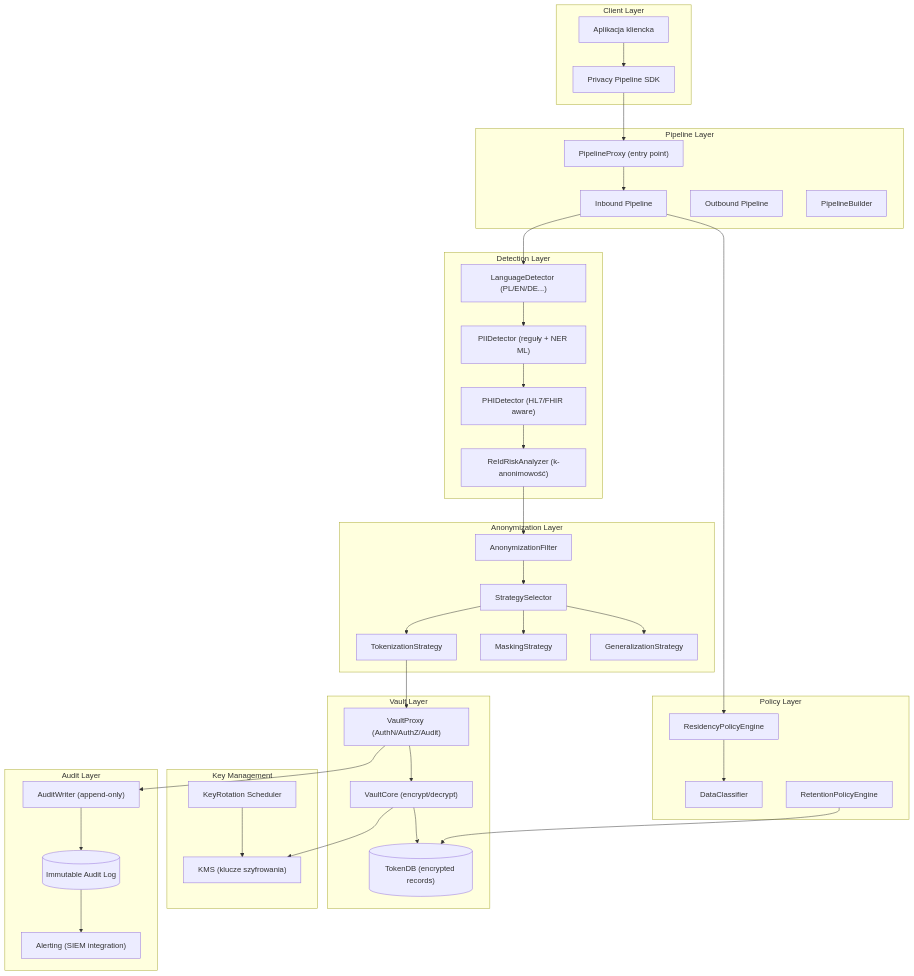
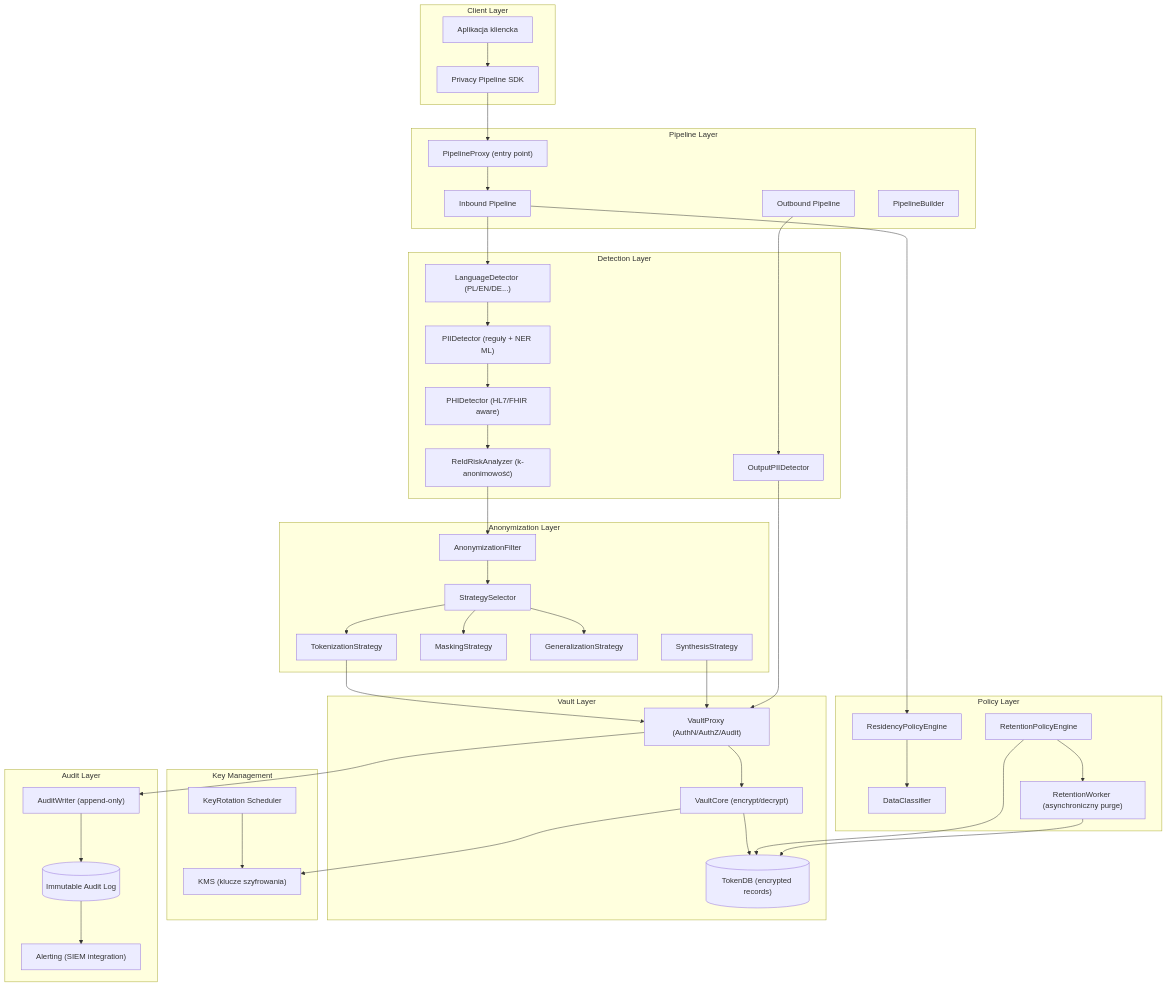
One commit to gniewekk/Privacy-Preserving-Context-Pipeline-for-LLMs-DP changed the seventh of 14 diagrams in ARCHITECTURE.md. Above: the diagram before and after it, drawn with Mermaid. The commit also changed other lines of this file, not shown here.

Commit message:
architecture changed

````diff
--- a/ARCHITECTURE.md
+++ b/ARCHITECTURE.md
@@ -342,68 +354,74 @@
 ```mermaid
 flowchart TD
     subgraph ClientLayer["Client Layer"]
         App["Aplikacja kliencka"]
         SDK["Privacy Pipeline SDK"]
     end
 
     subgraph PipelineLayer["Pipeline Layer"]
         ProxyComp["PipelineProxy (entry point)"]
         InPipe["Inbound Pipeline"]
         OutPipe["Outbound Pipeline"]
         BuilderComp["PipelineBuilder"]
     end
 
     subgraph DetectionLayer["Detection Layer"]
         LangDet["LanguageDetector (PL/EN/DE...)"]
         PIIDet["PIIDetector (reguły + NER ML)"]
         PHIDet["PHIDetector (HL7/FHIR aware)"]
         ReIdDet["ReIdRiskAnalyzer (k-anonimowość)"]
+        OutPIIDet["OutputPIIDetector"]
     end
 
     subgraph AnonLayer["Anonymization Layer"]
         AnonFilter["AnonymizationFilter"]
         StratSel["StrategySelector"]
         TokStrat["TokenizationStrategy"]
         MaskStrat["MaskingStrategy"]
         GenStrat["GeneralizationStrategy"]
+        SynStrat["SynthesisStrategy"]
     end
 
     subgraph VaultLayer["Vault Layer"]
         VProxy["VaultProxy (AuthN/AuthZ/Audit)"]
         VCore["VaultCore (encrypt/decrypt)"]
         TokenDB[("TokenDB (encrypted records)")]
     end
 
     subgraph KeyMgmt["Key Management"]
         KMS["KMS (klucze szyfrowania)"]
         KeyRotation["KeyRotation Scheduler"]
     end
 
     subgraph PolicyLayer["Policy Layer"]
         ResPolicy["ResidencyPolicyEngine"]
         DataClass["DataClassifier"]
         RetPolicy["RetentionPolicyEngine"]
+        RetWorker["RetentionWorker (asynchroniczny purge)"]
     end
 
     subgraph AuditLayer["Audit Layer"]
         AuditLogDB[("Immutable Audit Log")]
         AuditWriter["AuditWriter (append-only)"]
         AlertingComp["Alerting (SIEM integration)"]
     end
 
     App --> SDK --> ProxyComp
     ProxyComp --> InPipe --> LangDet --> PIIDet --> PHIDet --> ReIdDet
     ReIdDet --> AnonFilter
     AnonFilter --> StratSel
     StratSel --> TokStrat & MaskStrat & GenStrat
     TokStrat --> VProxy --> VCore --> TokenDB
+    SynStrat --> VProxy
     VCore --> KMS
     KeyRotation --> KMS
 
     InPipe --> ResPolicy
     ResPolicy --> DataClass
     RetPolicy --> TokenDB
+    RetPolicy --> RetWorker --> TokenDB
+    OutPipe --> OutPIIDet --> VProxy
 
     VProxy --> AuditWriter --> AuditLogDB
     AuditLogDB --> AlertingComp
 ```
````
